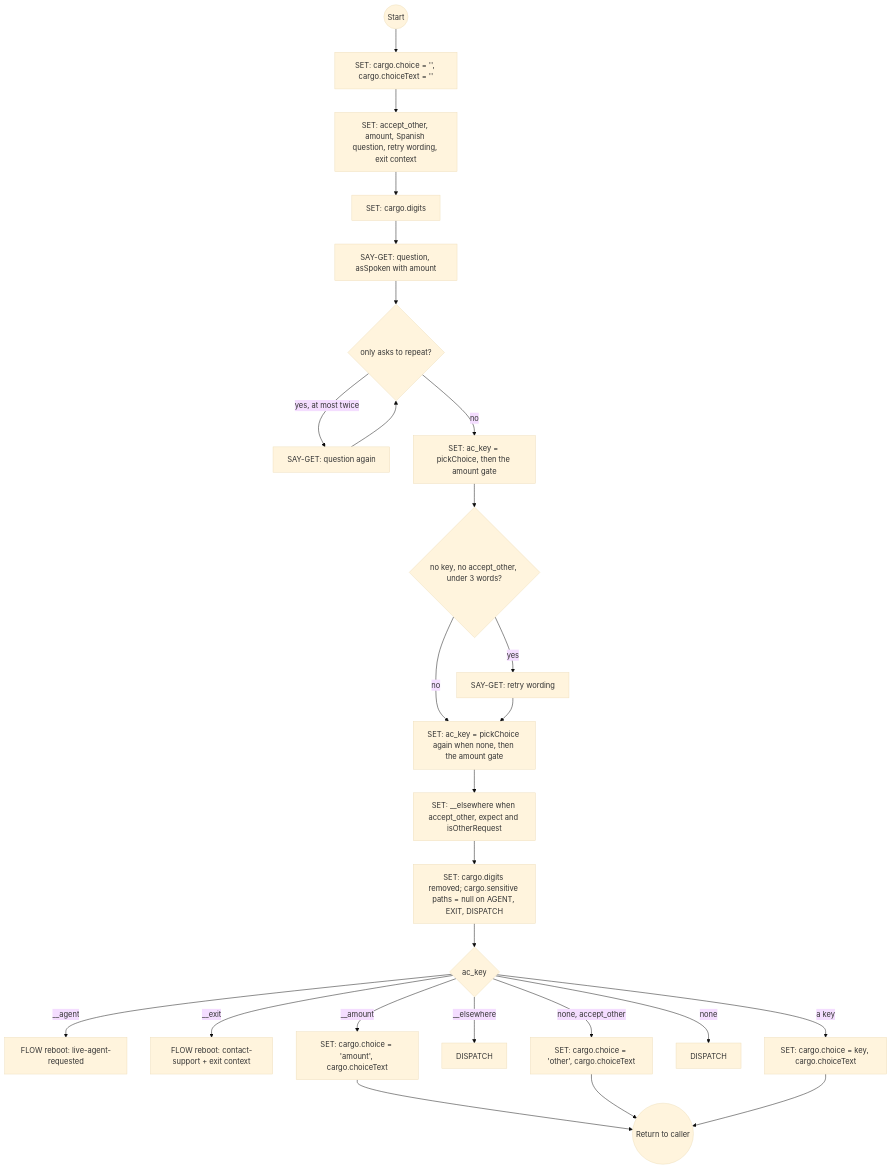
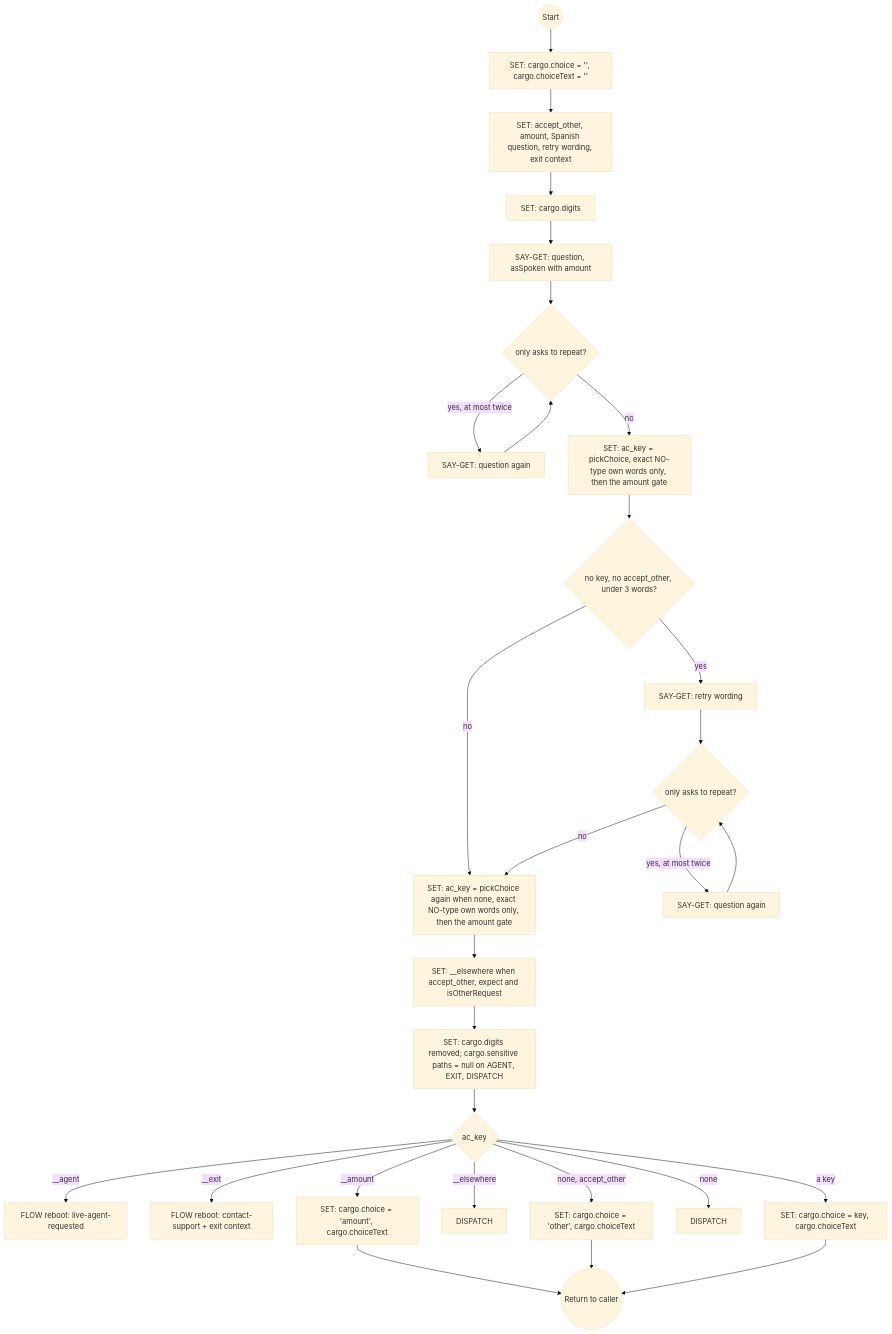
Before and after one commit to ronpinkas/jsfe: diagram 18 of 22 in docs/system-flows.md, drawn with Mermaid (base theme). The commit also changed other lines of this file and 1 other file, not shown here.

First line of the commit message:
system flows: ask-choice 1.10.2, get-cell-or-email 1.5.3 (repeat after a miss, single-digit amounts with a payment verb, exact NO-type choices, callerDeclined, one validation per contact, retry-menu reset); docs current, fixed gaps removed

````diff
--- a/docs/system-flows.md
+++ b/docs/system-flows.md
@@ -1087,28 +1095,31 @@
 ```mermaid
 graph TD
     start((Start)) --> ac_reset["SET: cargo.choice = '', cargo.choiceText = ''"]
     ac_reset --> defaults[SET: accept_other, amount, Spanish question, retry wording, exit context]
     defaults --> ac_keypad[SET: cargo.digits]
     ac_keypad --> ac_ask[SAY-GET: question, asSpoken with amount]
     ac_ask --> repeat{only asks to repeat?}
     repeat -->|yes, at most twice| ac_repeat[SAY-GET: question again]
     ac_repeat --> repeat
-    repeat -->|no| ac_match["SET: ac_key = pickChoice, then the amount gate"]
+    repeat -->|no| ac_match["SET: ac_key = pickChoice, exact NO-type own words only, then the amount gate"]
     ac_match --> reask{no key, no accept_other, under 3 words?}
     reask -->|yes| ac_reask[SAY-GET: retry wording]
     reask -->|no| match_again
-    ac_reask --> match_again["SET: ac_key = pickChoice again when none, then the amount gate"]
+    ac_reask --> repeat_after{only asks to repeat?}
+    repeat_after -->|yes, at most twice| ac_repeat_after[SAY-GET: question again]
+    ac_repeat_after --> repeat_after
+    repeat_after -->|no| match_again["SET: ac_key = pickChoice again when none, exact NO-type own words only, then the amount gate"]
     match_again --> other_check["SET: __elsewhere when accept_other, expect and isOtherRequest"]
     other_check --> keypad_done["SET: cargo.digits removed; cargo.sensitive paths = null on AGENT, EXIT, DISPATCH"]
     keypad_done --> route{ac_key}
     route -->|__agent| ac_agent[FLOW reboot: live-agent-requested]
     route -->|__exit| ac_exit[FLOW reboot: contact-support + exit context]
     route -->|__amount| ac_return_amount["SET: cargo.choice = 'amount', cargo.choiceText"]
     route -->|__elsewhere| ac_elsewhere[DISPATCH]
     route -->|none, accept_other| ac_return_other["SET: cargo.choice = 'other', cargo.choiceText"]
     route -->|none| ac_other_request[DISPATCH]
     route -->|a key| ac_return_choice[SET: cargo.choice = key, cargo.choiceText]
     ac_return_amount --> stop((Return to caller))
     ac_return_other --> stop
     ac_return_choice --> stop
 ```
````
